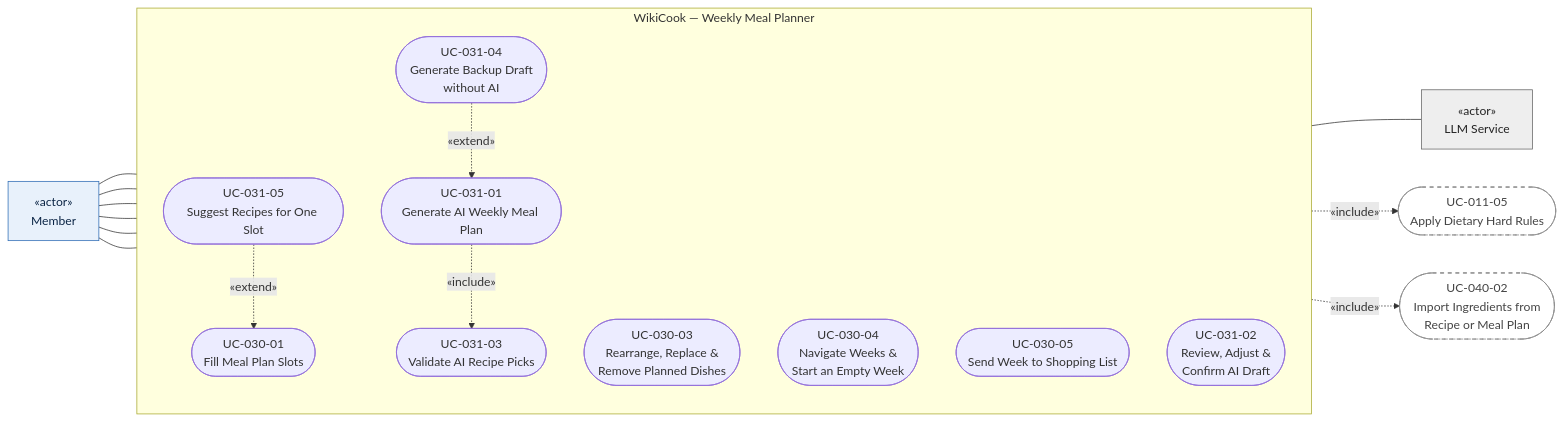
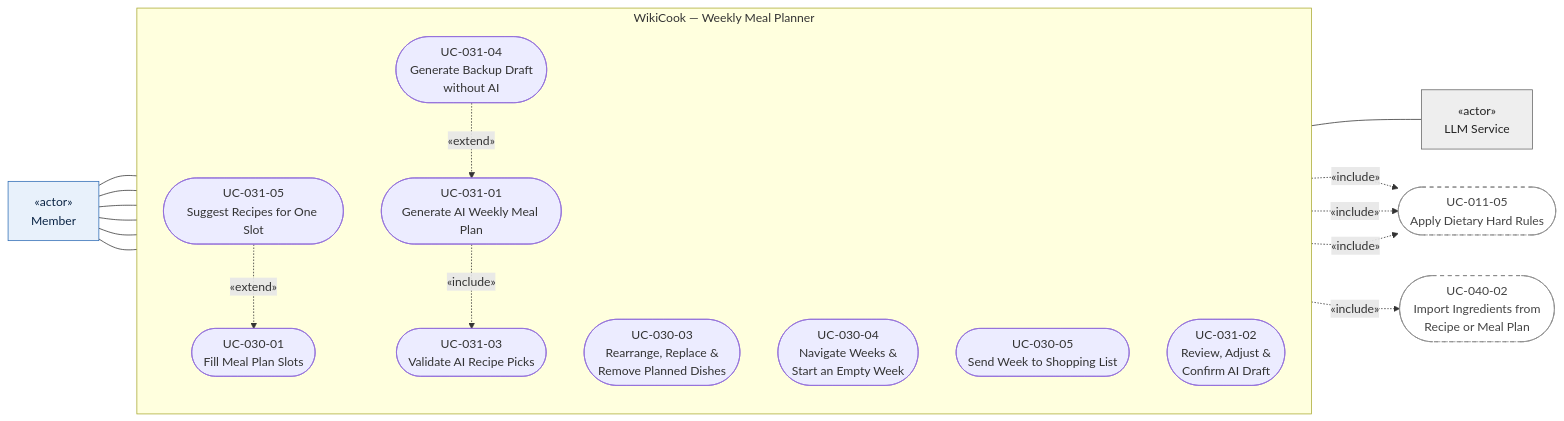
Before and after one commit to ThanhDu14/WikiCook: the fifth of 13 diagrams in docs/requirements/use-case-model.md, drawn with Mermaid. The commit also changed other lines of this file, not shown here.

````diff
--- a/docs/requirements/use-case-model.md
+++ b/docs/requirements/use-case-model.md
@@ -272,42 +307,44 @@
 ```mermaid
 flowchart LR
     MEMBER["«actor»<br/>Member"]
 
     subgraph SYS["WikiCook — Weekly Meal Planner"]
         direction TB
         UC030_01(["UC-030-01<br/>Fill Meal Plan Slots"])
         UC030_03(["UC-030-03<br/>Rearrange, Replace &<br/>Remove Planned Dishes"])
         UC030_04(["UC-030-04<br/>Navigate Weeks &<br/>Start an Empty Week"])
         UC030_05(["UC-030-05<br/>Send Week to Shopping List"])
         UC031_01(["UC-031-01<br/>Generate AI Weekly Meal Plan"])
         UC031_02(["UC-031-02<br/>Review, Adjust &<br/>Confirm AI Draft"])
         UC031_03(["UC-031-03<br/>Validate AI Recipe Picks"])
         UC031_04(["UC-031-04<br/>Generate Backup Draft<br/>without AI"])
         UC031_05(["UC-031-05<br/>Suggest Recipes for One Slot"])
     end
 
     UC011_05(["UC-011-05<br/>Apply Dietary Hard Rules"])
     UC040_02(["UC-040-02<br/>Import Ingredients from<br/>Recipe or Meal Plan"])
     LLM["«actor»<br/>LLM Service"]
 
     MEMBER --- UC030_01
     MEMBER --- UC030_03
     MEMBER --- UC030_04
     MEMBER --- UC030_05
     MEMBER --- UC031_01
     MEMBER --- UC031_02
     UC031_01 --- LLM
 
+    UC030_01 -. "«include»" .-> UC011_05
     UC031_01 -. "«include»" .-> UC011_05
+    UC031_05 -. "«include»" .-> UC011_05
     UC031_01 -. "«include»" .-> UC031_03
     UC031_04 -. "«extend»" .-> UC031_01
     UC031_05 -. "«extend»" .-> UC030_01
     UC030_05 -. "«include»" .-> UC040_02
 
     classDef actor fill:#e8f1fb,stroke:#2f6db5,color:#0b2545
     classDef system fill:#eeeeee,stroke:#666666,color:#222222
     classDef external fill:#ffffff,stroke:#888888,stroke-dasharray:5 5,color:#444444
     class MEMBER actor
     class LLM system
     class UC011_05,UC040_02 external
 ```
````
